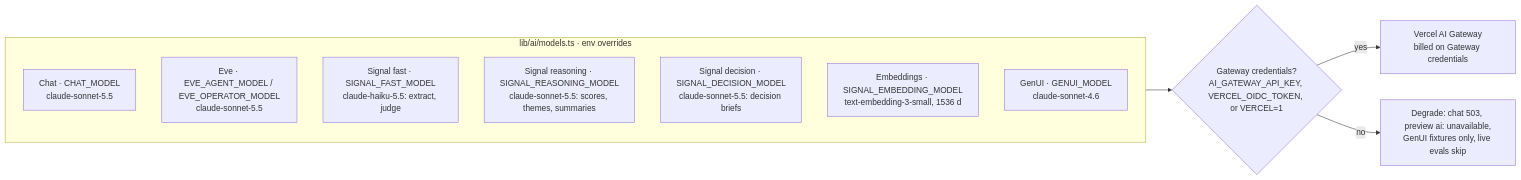
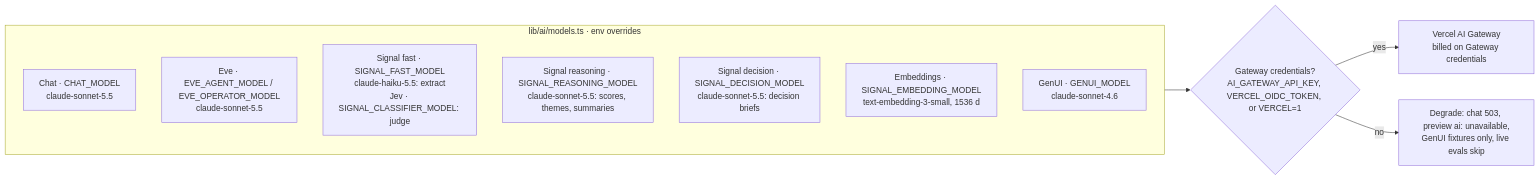
The sixth of 7 diagrams in docs/harness/agents.md (gaboesquivel/flow-signal), drawn with Mermaid before and after one commit. The commit also changed 22 other files, not shown here.

````diff
--- a/docs/harness/agents.md
+++ b/docs/harness/agents.md
@@ -100,15 +100,15 @@
 ```mermaid
 flowchart LR
   subgraph Ids[lib/ai/models.ts · env overrides]
     CH[Chat · CHAT_MODEL<br/>claude-sonnet-5.5]
     EV[Eve · EVE_AGENT_MODEL / EVE_OPERATOR_MODEL<br/>claude-sonnet-5.5]
-    FA[Signal fast · SIGNAL_FAST_MODEL<br/>claude-haiku-5.5: extract, judge]
+    FA[Signal fast · SIGNAL_FAST_MODEL<br/>claude-haiku-5.5: extract<br/>Jev · SIGNAL_CLASSIFIER_MODEL: judge]
     RE[Signal reasoning · SIGNAL_REASONING_MODEL<br/>claude-sonnet-5.5: scores, themes, summaries]
     DE[Signal decision · SIGNAL_DECISION_MODEL<br/>claude-sonnet-5.5: decision briefs]
     EM[Embeddings · SIGNAL_EMBEDDING_MODEL<br/>text-embedding-3-small, 1536 d]
     GU[GenUI · GENUI_MODEL<br/>claude-sonnet-4.6]
   end
   Ids --> GW{Gateway credentials?<br/>AI_GATEWAY_API_KEY, VERCEL_OIDC_TOKEN, or VERCEL=1}
   GW -->|yes| VG[Vercel AI Gateway<br/>billed on Gateway credentials]
   GW -->|no| DEG[Degrade: chat 503, preview ai: unavailable,<br/>GenUI fixtures only, live evals skip]
 ```
````
